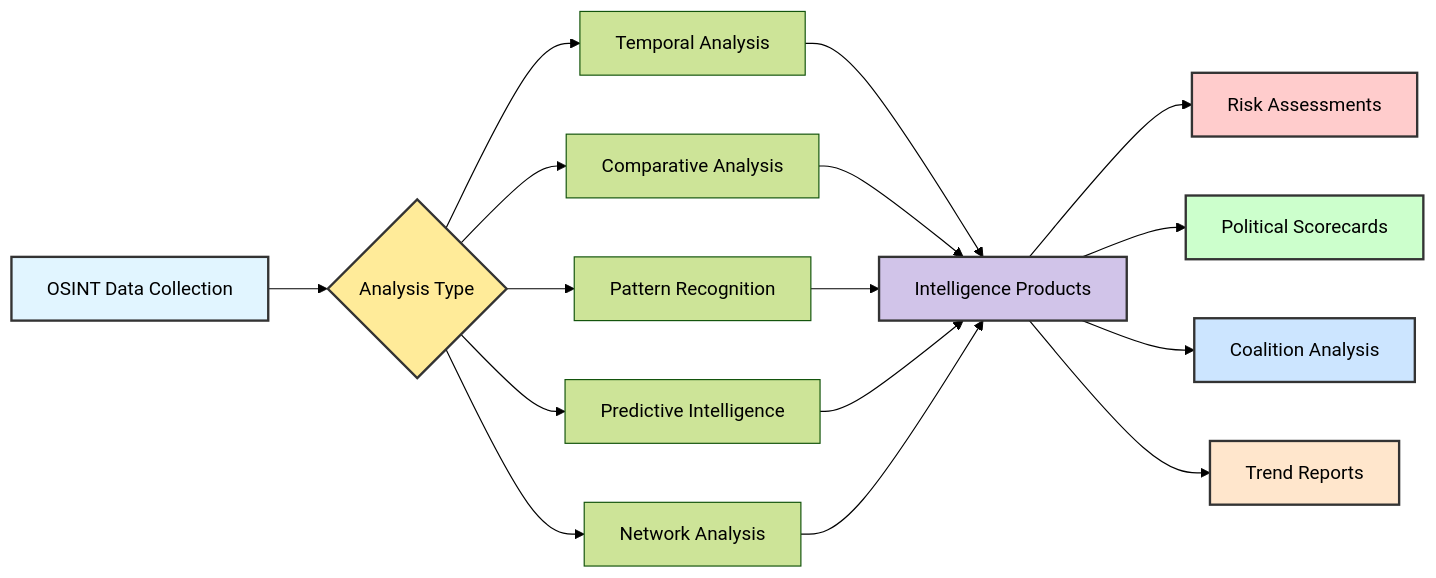
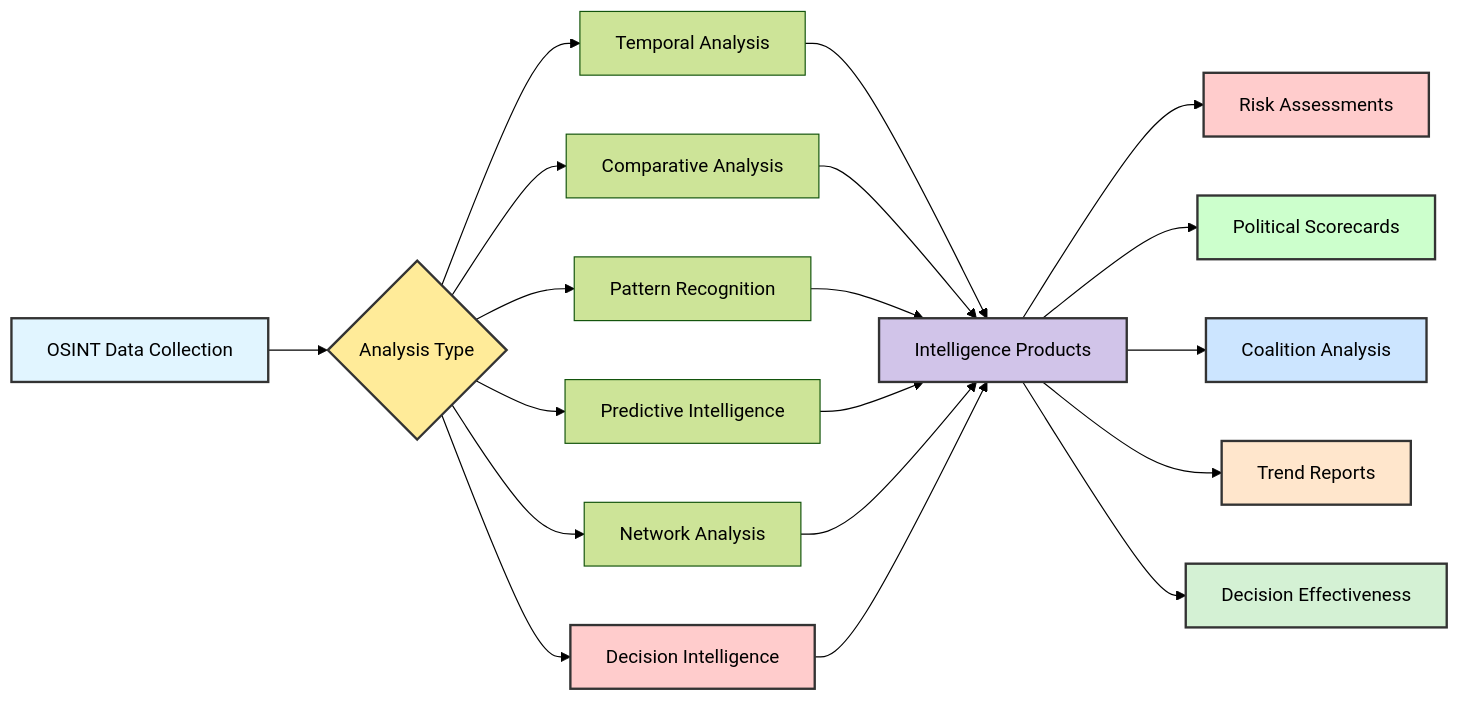
The second of 51 diagrams in DATA_ANALYSIS_INTOP_OSINT.md (Hack23/cia), drawn with Mermaid (forest theme) before and after one commit. The commit also changed other lines of this file and 2 other files, not shown here.

First line of the commit message:
Integrate Decision Flow Views with Intelligence Frameworks (#7936)

````diff
--- a/DATA_ANALYSIS_INTOP_OSINT.md
+++ b/DATA_ANALYSIS_INTOP_OSINT.md
@@ -216,28 +217,33 @@
 ```mermaid
 graph LR
     A[OSINT Data Collection] --> B{Analysis Type}
     B --> C1[Temporal Analysis]
     B --> C2[Comparative Analysis]
     B --> C3[Pattern Recognition]
     B --> C4[Predictive Intelligence]
     B --> C5[Network Analysis]
+    B --> C6[Decision Intelligence]
     
     C1 --> D[Intelligence Products]
     C2 --> D
     C3 --> D
     C4 --> D
     C5 --> D
+    C6 --> D
     
     D --> E1[Risk Assessments]
     D --> E2[Political Scorecards]
     D --> E3[Coalition Analysis]
     D --> E4[Trend Reports]
+    D --> E5[Decision Effectiveness]
     
     style A fill:#e1f5ff,stroke:#333,stroke-width:2px
     style B fill:#ffeb99,stroke:#333,stroke-width:2px
+    style C6 fill:#ffcccc,stroke:#333,stroke-width:2px
     style D fill:#d1c4e9,stroke:#333,stroke-width:2px
     style E1 fill:#ffcccc,stroke:#333,stroke-width:2px
     style E2 fill:#ccffcc,stroke:#333,stroke-width:2px
     style E3 fill:#cce5ff,stroke:#333,stroke-width:2px
     style E4 fill:#ffe6cc,stroke:#333,stroke-width:2px
+    style E5 fill:#d4f1d4,stroke:#333,stroke-width:2px
 ```
````
